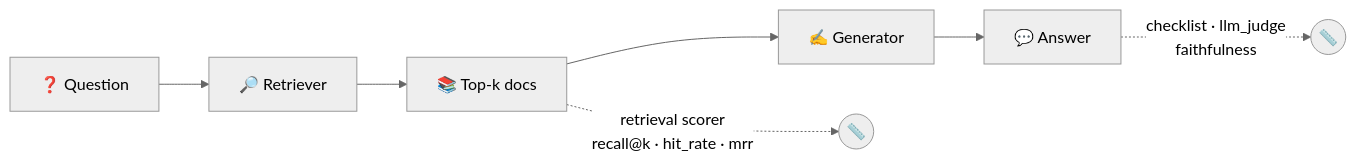
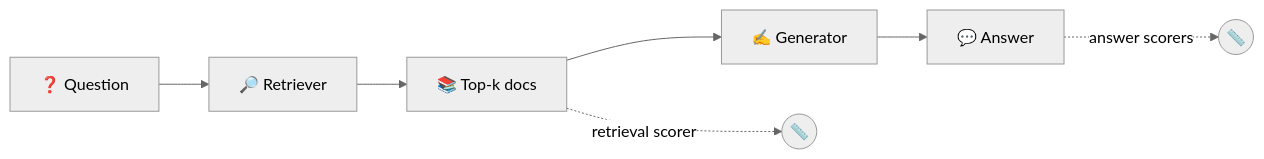
The second of 3 diagrams in README.md (Dhillon001/ai-eval), drawn with Mermaid (neutral theme) before and after one commit. The commit also changed other lines of this file and 5 other files, not shown here.

````diff
--- a/README.md
+++ b/README.md
@@ -306,6 +52,6 @@
 ```mermaid
 flowchart LR
     Q["❓ Question"] --> RET["🔎 Retriever"] --> DOCS["📚 Top-k docs"] --> GEN["✍️ Generator"] --> ANS["💬 Answer"]
-    DOCS -.->|"retrieval scorer<br/>recall@k · hit_rate · mrr"| M1(("📏"))
-    ANS -.->|"checklist · llm_judge<br/>faithfulness"| M2(("📏"))
+    DOCS -.->|"retrieval scorer"| M1(("📏"))
+    ANS -.->|"answer scorers"| M2(("📏"))
 ```
````
